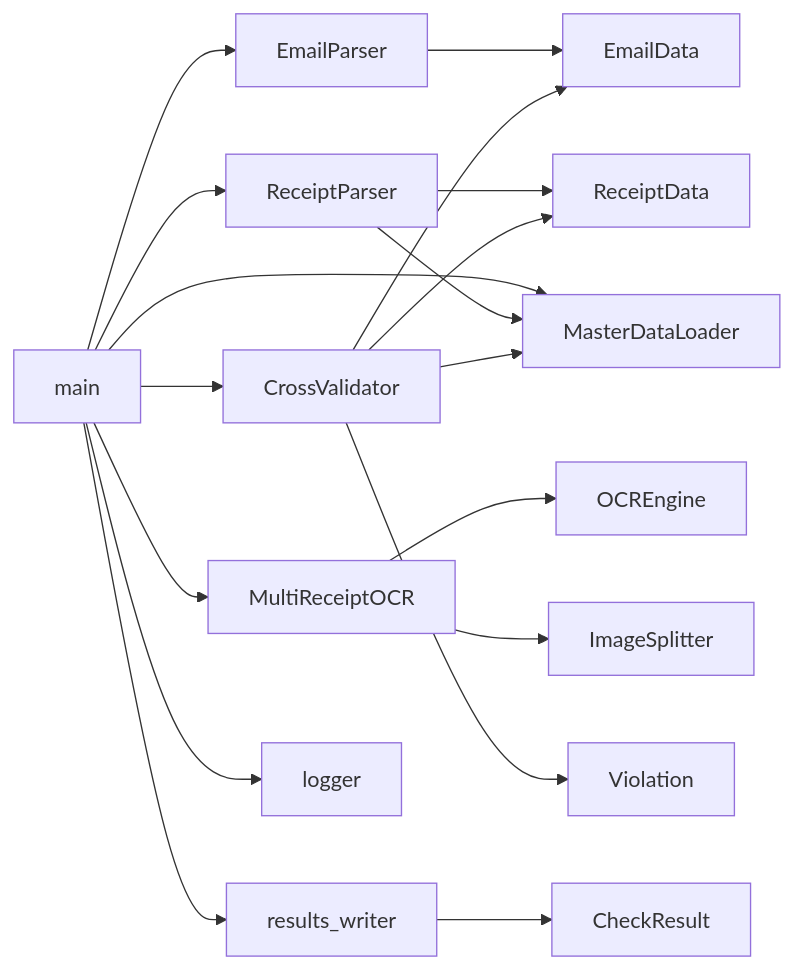
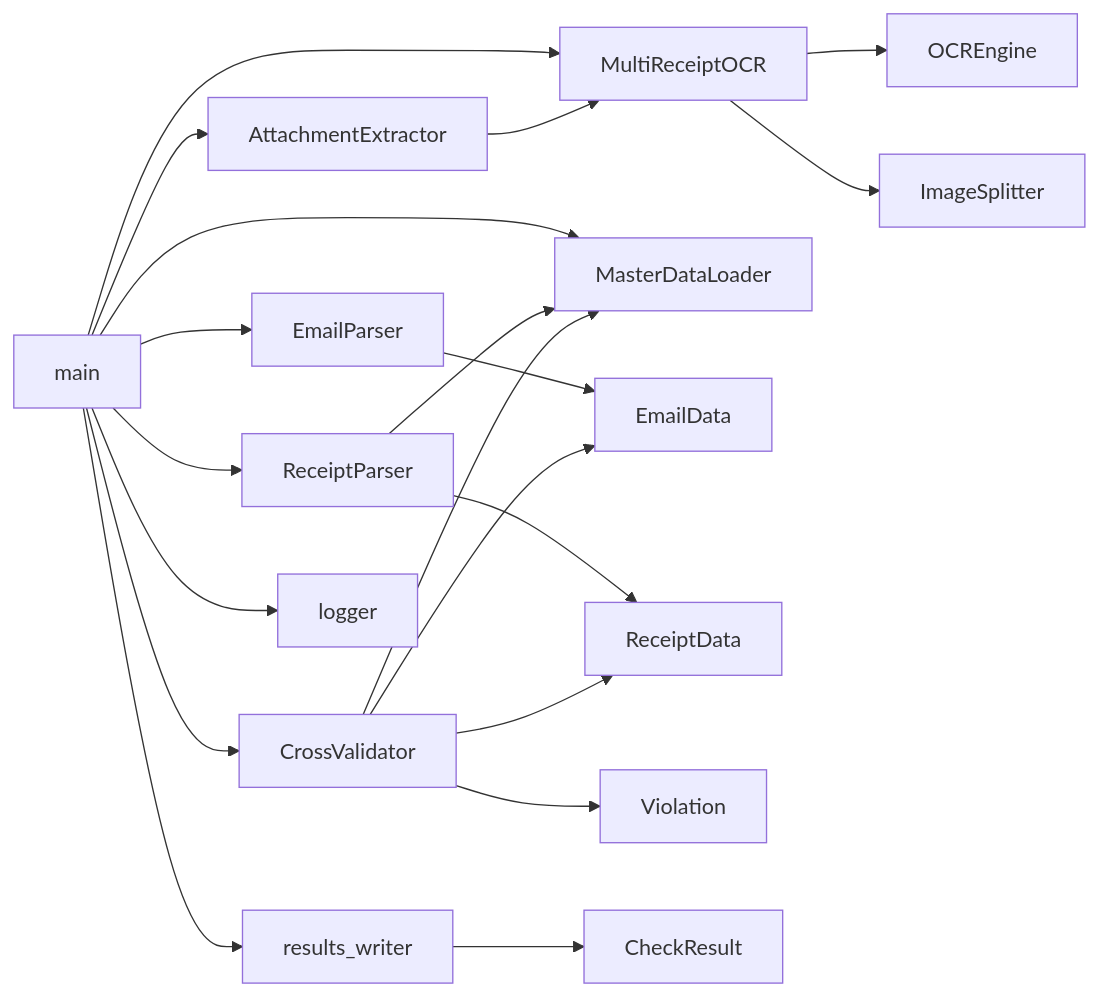
Before and after one commit to chanwookkim79/CreditCardVerifier: the second of 2 diagrams in docs/GUIDE.md, drawn with Mermaid. The commit also changed other lines of this file and 2 other files, not shown here.

````diff
--- a/docs/GUIDE.md
+++ b/docs/GUIDE.md
@@ -184,22 +192,24 @@
 ```mermaid
 graph LR
     main --> EmailParser
     main --> ReceiptParser
     main --> MultiReceiptOCR
+    main --> AttachmentExtractor
     main --> CrossValidator
     main --> results_writer
     main --> logger
     main --> MasterDataLoader
 
+    AttachmentExtractor --> MultiReceiptOCR
     MultiReceiptOCR --> OCREngine
     MultiReceiptOCR --> ImageSplitter
 
     EmailParser --> EmailData
     ReceiptParser --> ReceiptData
     ReceiptParser --> MasterDataLoader
     CrossValidator --> EmailData
     CrossValidator --> ReceiptData
     CrossValidator --> Violation
     CrossValidator --> MasterDataLoader
     results_writer --> CheckResult
 ```
````
